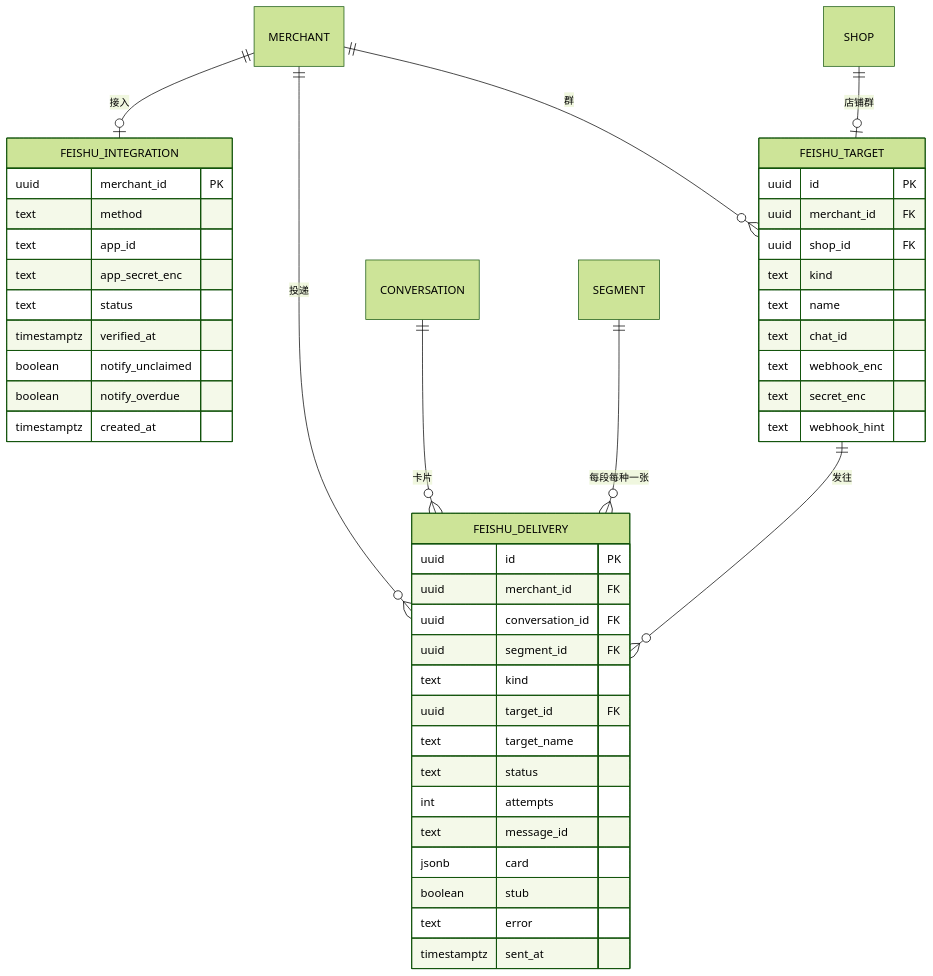
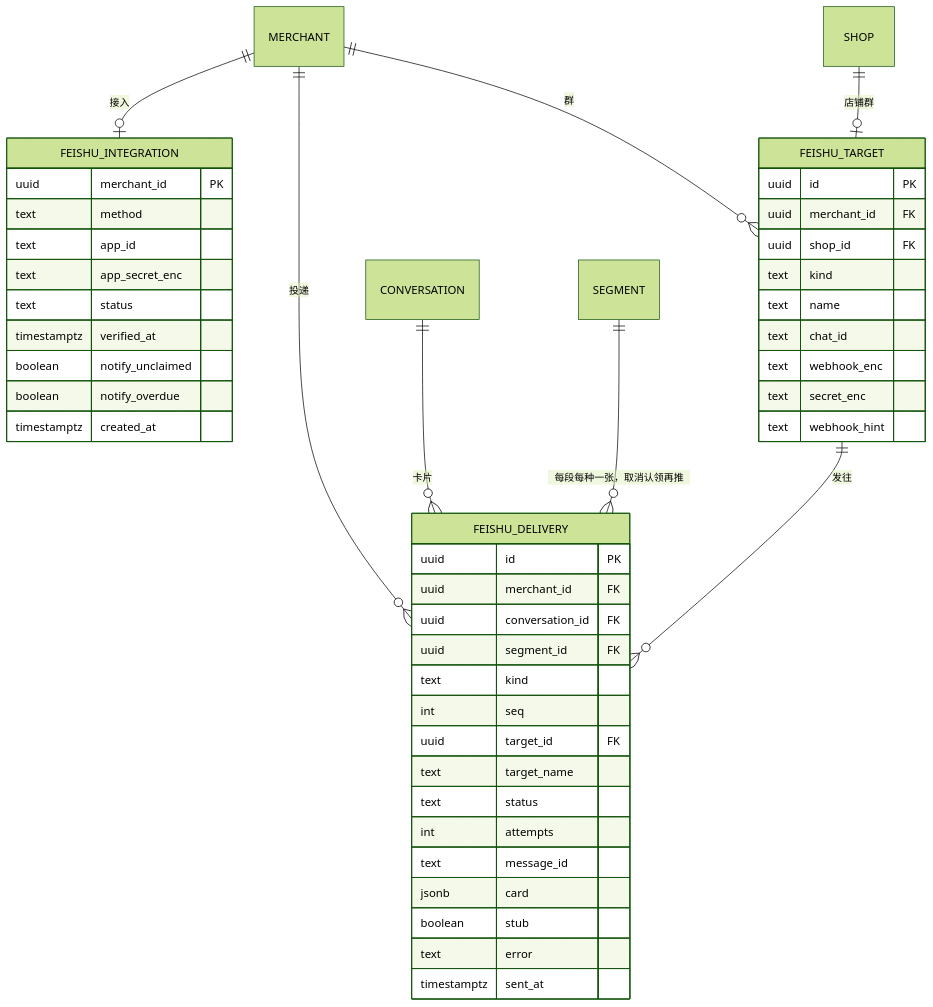
The eighth of 33 diagrams in docs/DESIGN.md (Bearisbug/shopilot), drawn with Mermaid (forest theme) before and after one commit. The commit also changed other lines of this file and 32 other files, not shown here.

````diff
--- a/docs/DESIGN.md
+++ b/docs/DESIGN.md
@@ -1430,48 +1451,49 @@
 ```mermaid
 erDiagram
   MERCHANT ||--o| FEISHU_INTEGRATION : "接入"
   MERCHANT ||--o{ FEISHU_TARGET : "群"
   SHOP ||--o| FEISHU_TARGET : "店铺群"
   MERCHANT ||--o{ FEISHU_DELIVERY : "投递"
   CONVERSATION ||--o{ FEISHU_DELIVERY : "卡片"
-  SEGMENT ||--o{ FEISHU_DELIVERY : "每段每种一张"
+  SEGMENT ||--o{ FEISHU_DELIVERY : "每段每种一张，取消认领再推"
   FEISHU_TARGET ||--o{ FEISHU_DELIVERY : "发往"
   FEISHU_INTEGRATION {
     uuid merchant_id PK
     text method
     text app_id
     text app_secret_enc
     text status
     timestamptz verified_at
     boolean notify_unclaimed
     boolean notify_overdue
     timestamptz created_at
   }
   FEISHU_TARGET {
     uuid id PK
     uuid merchant_id FK
     uuid shop_id FK
     text kind
     text name
     text chat_id
     text webhook_enc
     text secret_enc
     text webhook_hint
   }
   FEISHU_DELIVERY {
     uuid id PK
     uuid merchant_id FK
     uuid conversation_id FK
     uuid segment_id FK
     text kind
+    int seq
     uuid target_id FK
     text target_name
     text status
     int attempts
     text message_id
     jsonb card
     boolean stub
     text error
     timestamptz sent_at
   }
 ```
````
